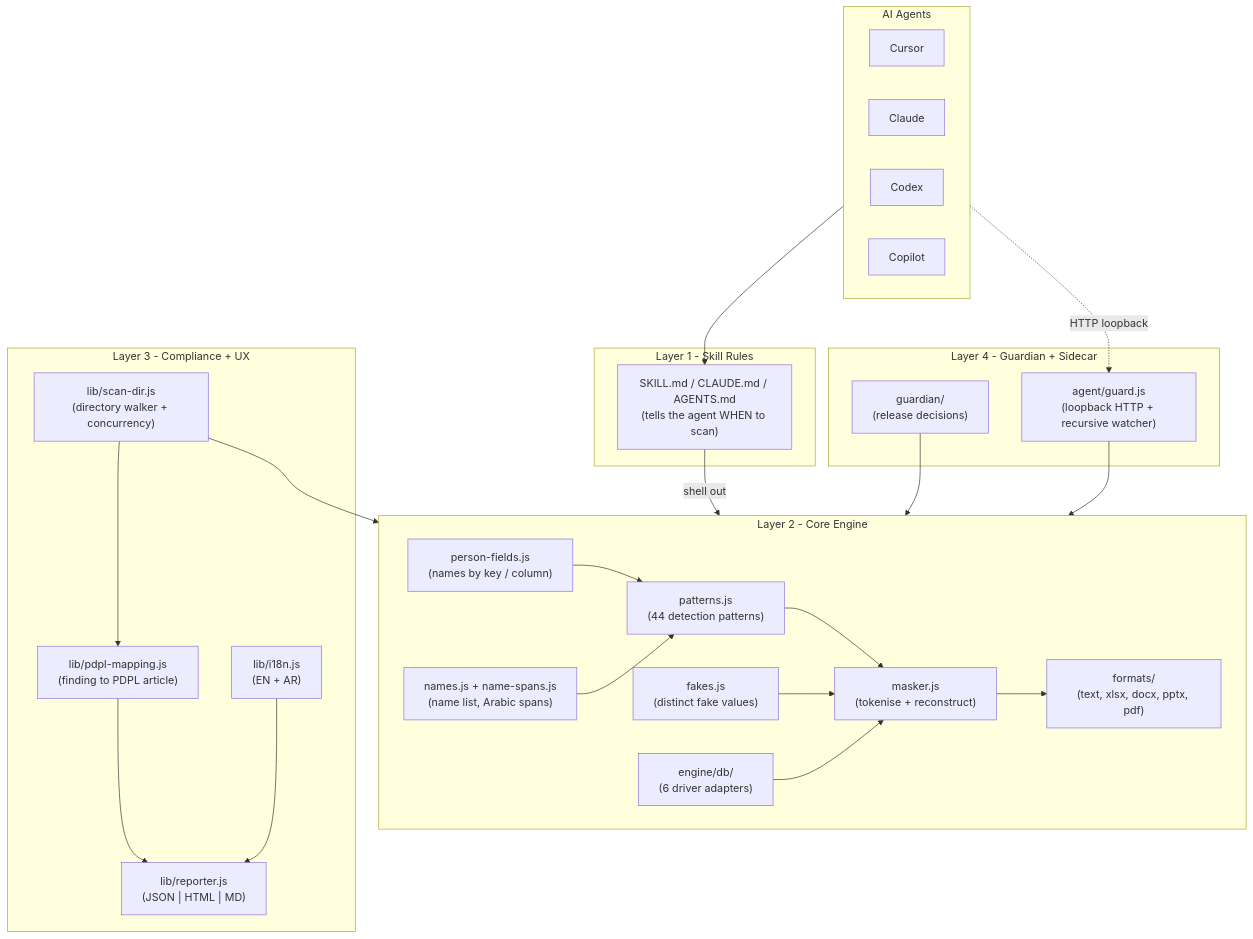
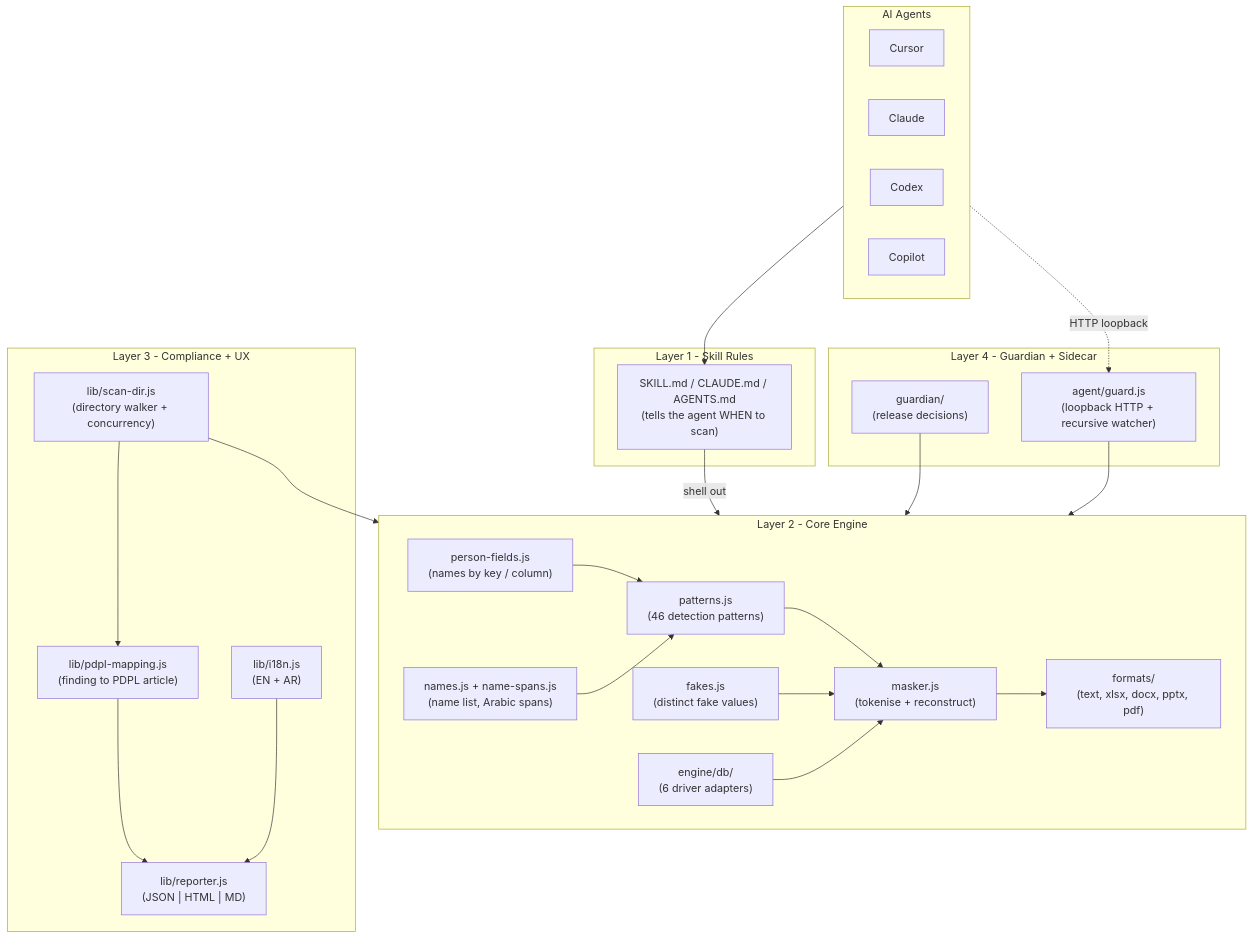
Before and after one commit to oalriyami/kakashi: the first of 4 diagrams in docs/ARCHITECTURE.md, drawn with Mermaid. The commit also changed other lines of this file and 14 other files, not shown here.

````diff
--- a/docs/ARCHITECTURE.md
+++ b/docs/ARCHITECTURE.md
@@ -17,47 +17,47 @@
 ```mermaid
 flowchart TB
   subgraph L1 [Layer 1 - Skill Rules]
     SkillMD["SKILL.md / CLAUDE.md / AGENTS.md<br/>(tells the agent WHEN to scan)"]
   end
   subgraph L2 [Layer 2 - Core Engine]
-    Patterns["patterns.js<br/>(44 detection patterns)"]
+    Patterns["patterns.js<br/>(46 detection patterns)"]
     Fields["person-fields.js<br/>(names by key / column)"]
     Names["names.js + name-spans.js<br/>(name list, Arabic spans)"]
     Masker["masker.js<br/>(tokenise + reconstruct)"]
     Fakes["fakes.js<br/>(distinct fake values)"]
     Formats["formats/<br/>(text, xlsx, docx, pptx, pdf)"]
     DB["engine/db/<br/>(6 driver adapters)"]
     Fields --> Patterns
     Names --> Patterns
     Patterns --> Masker
     Fakes --> Masker
     Masker --> Formats
     DB --> Masker
   end
   subgraph L3 [Layer 3 - Compliance + UX]
     Pdpl["lib/pdpl-mapping.js<br/>(finding to PDPL article)"]
     Reporter["lib/reporter.js<br/>(JSON | HTML | MD)"]
     ScanDir["lib/scan-dir.js<br/>(directory walker + concurrency)"]
     I18n["lib/i18n.js<br/>(EN + AR)"]
     Pdpl --> Reporter
     ScanDir --> Pdpl
     I18n --> Reporter
   end
   subgraph L4 [Layer 4 - Guardian + Sidecar]
     Guardian["guardian/<br/>(release decisions)"]
     Guard["agent/guard.js<br/>(loopback HTTP + recursive watcher)"]
   end
   subgraph AGENTS [AI Agents]
     Cursor
     Claude
     Codex
     Copilot
   end
 
   AGENTS --> SkillMD
   SkillMD -->|shell out| L2
   ScanDir --> L2
   Guardian --> L2
   Guard --> L2
   AGENTS -.HTTP loopback.-> Guard
 ```
````
